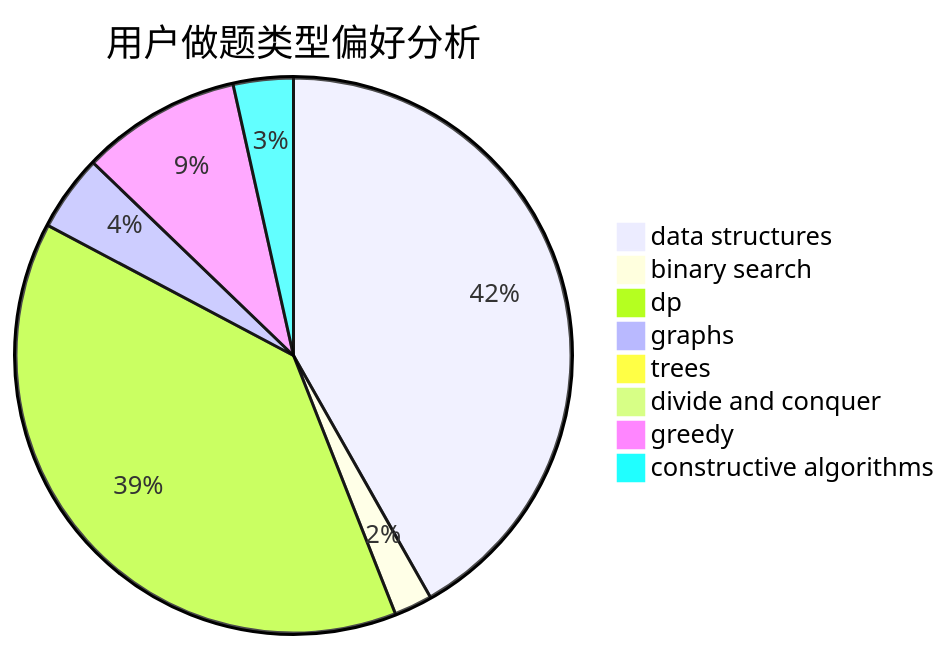
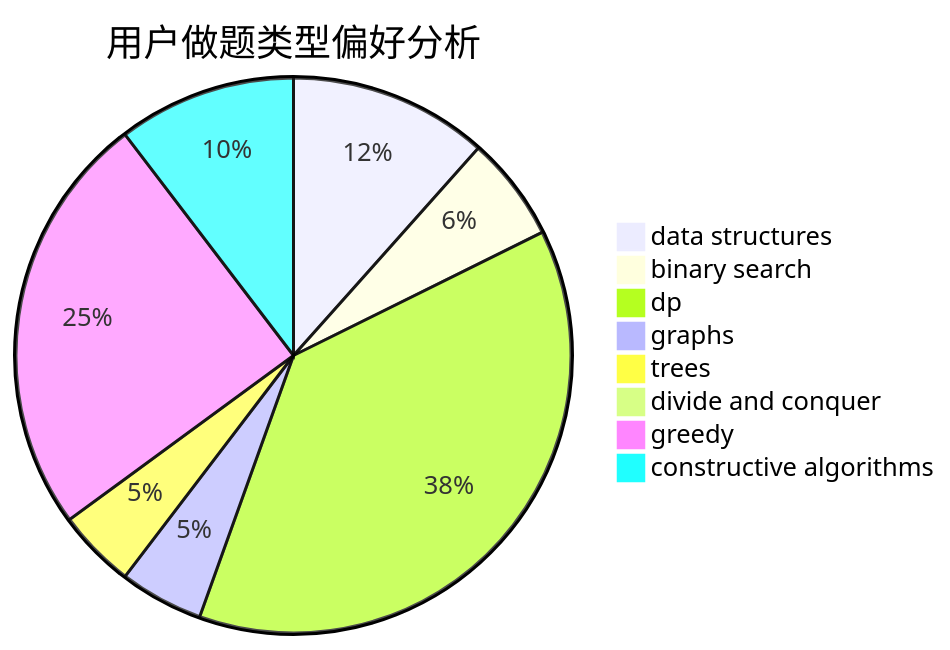
The second of 3 diagrams in docs/user/u745.md (sherpahu/cfrs.github.io), drawn with Mermaid before and after one commit. The commit also changed other lines of this file and 2770 other files, not shown here.

````diff
--- a/docs/user/u745.md
+++ b/docs/user/u745.md
@@ -23,11 +23,11 @@
 ```mermaid
 pie title 用户做题类型偏好分析
-    "data structures" :  395
-    "binary search" :  21
-    "dp" :  366
-    "graphs" :  42
-    "trees" :  3
-    "divide and conquer" :  0
-    "greedy" :  88
-    "constructive algorithms" :  33
+    "data structures" :  38
+    "binary search" :  20
+    "dp" :  124
+    "graphs" :  16
+    "trees" :  15
+    "divide and conquer" :  1
+    "greedy" :  81
+    "constructive algorithms" :  34
 ```
````
